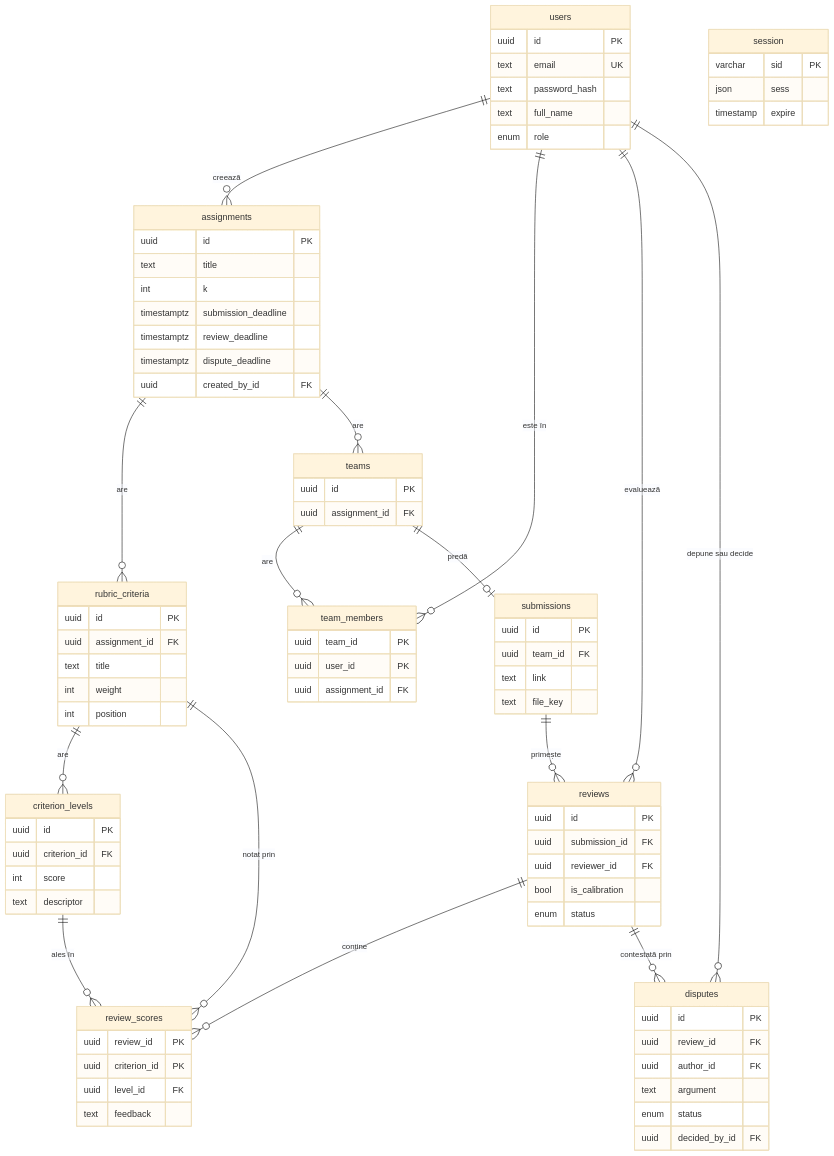
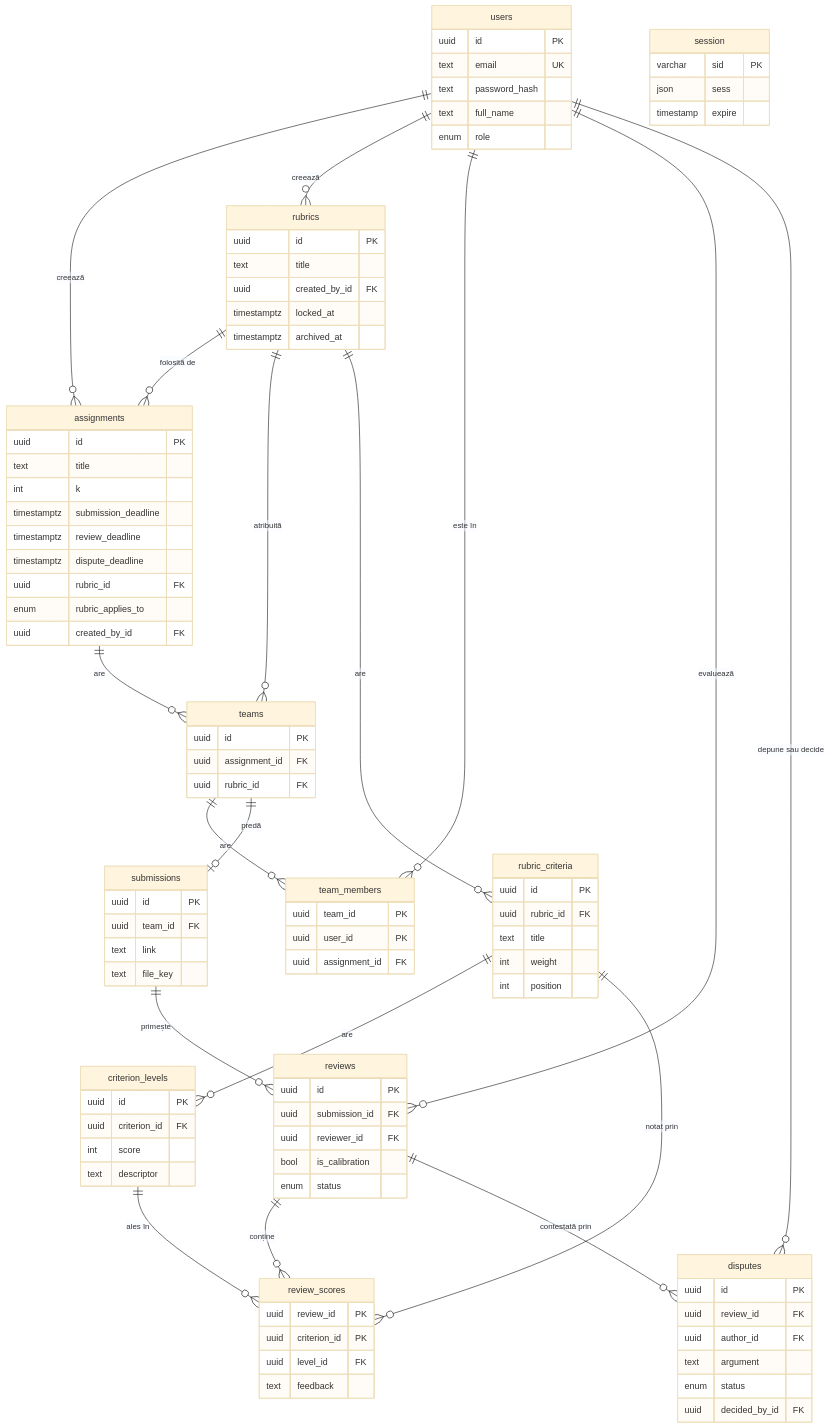
One commit to RaduToolatenow/Peer-review-double-blind-pentru-proiecte changed the diagram in docs/db-schema.md. Above: the diagram before and after it, drawn with Mermaid (base theme). The commit also changed other lines of this file and 5 other files, not shown here.

First line of the commit message:
feat(rubrics): reusable rubrics for all or chosen teams (D-011)

````diff
--- a/docs/db-schema.md
+++ b/docs/db-schema.md
@@ -5,7 +5,10 @@
 ```mermaid
 erDiagram
     users ||--o{ assignments : "creează"
-    assignments ||--o{ rubric_criteria : "are"
+    users ||--o{ rubrics : "creează"
+    rubrics ||--o{ assignments : "folosită de"
+    rubrics ||--o{ teams : "atribuită"
+    rubrics ||--o{ rubric_criteria : "are"
     rubric_criteria ||--o{ criterion_levels : "are"
     assignments ||--o{ teams : "are"
     teams ||--o{ team_members : "are"
@@ -33,11 +36,20 @@
         timestamptz submission_deadline
         timestamptz review_deadline
         timestamptz dispute_deadline
+        uuid rubric_id FK
+        enum rubric_applies_to
         uuid created_by_id FK
+    }
+    rubrics {
+        uuid id PK
+        text title
+        uuid created_by_id FK
+        timestamptz locked_at
+        timestamptz archived_at
     }
     rubric_criteria {
         uuid id PK
-        uuid assignment_id FK
+        uuid rubric_id FK
         text title
         int weight
         int position
@@ -51,6 +63,7 @@
     teams {
         uuid id PK
         uuid assignment_id FK
+        uuid rubric_id FK
     }
     team_members {
         uuid team_id PK
````
